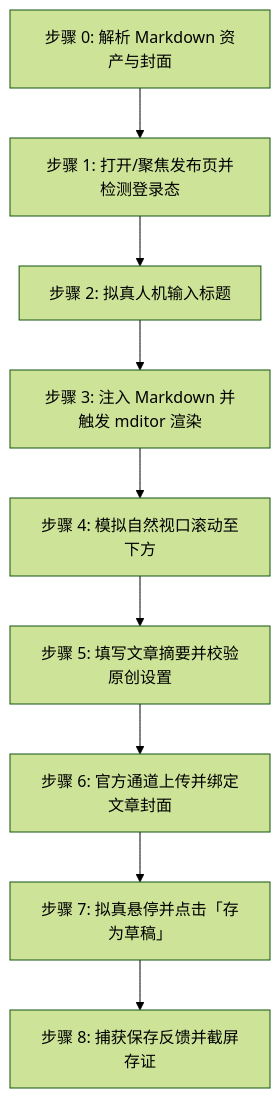
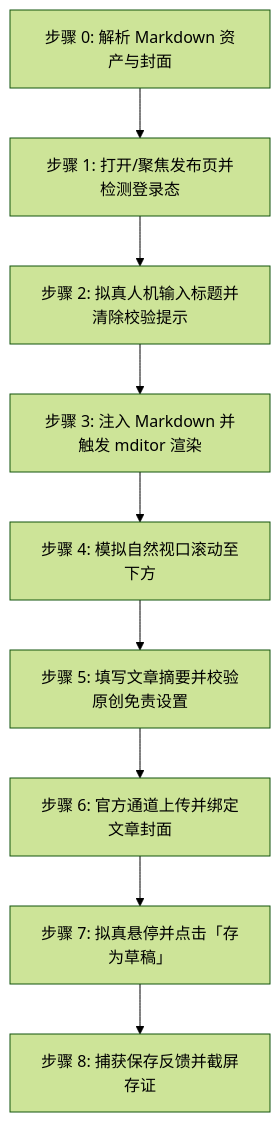
Before and after one commit to undsky/doudou-publish-skills: the diagram in skills/doudou-aliyun/SKILL.md, drawn with Mermaid (forest theme). The commit also changed other lines of this file and 1 other file, not shown here.

````diff
--- a/skills/doudou-aliyun/SKILL.md
+++ b/skills/doudou-aliyun/SKILL.md
@@ -37,11 +37,11 @@
 ```mermaid
 flowchart TD
     S0[步骤 0: 解析 Markdown 资产与封面] --> S1[步骤 1: 打开/聚焦发布页并检测登录态]
-    S1 --> S2[步骤 2: 拟真人机输入标题]
+    S1 --> S2[步骤 2: 拟真人机输入标题并清除校验提示]
     S2 --> S3[步骤 3: 注入 Markdown 并触发 mditor 渲染]
     S3 --> S4[步骤 4: 模拟自然视口滚动至下方]
-    S4 --> S5[步骤 5: 填写文章摘要并校验原创设置]
+    S4 --> S5[步骤 5: 填写文章摘要并校验原创免责设置]
     S5 --> S6[步骤 6: 官方通道上传并绑定文章封面]
     S6 --> S7[步骤 7: 拟真悬停并点击「存为草稿」]
     S7 --> S8[步骤 8: 捕获保存反馈并截屏存证]
 ```
````
